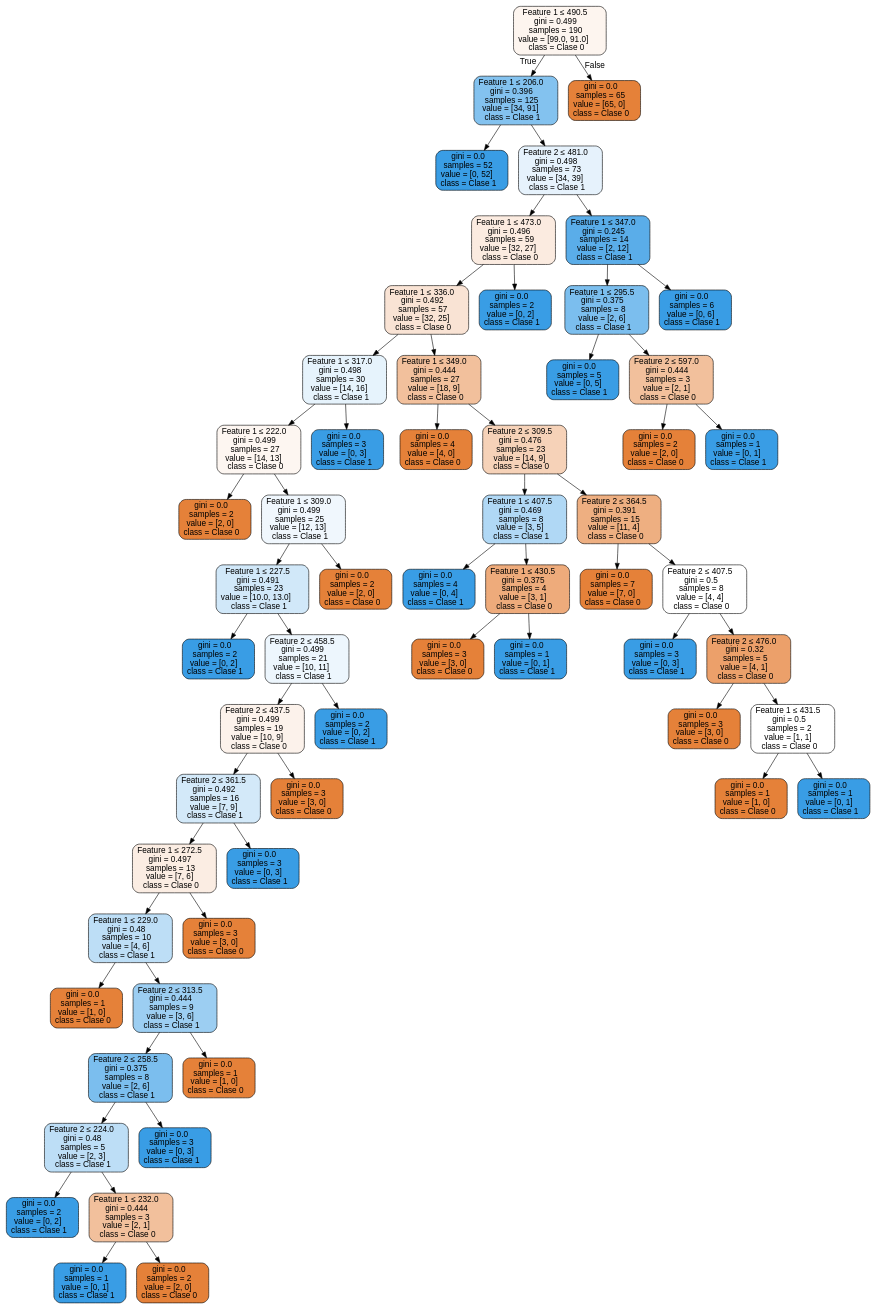
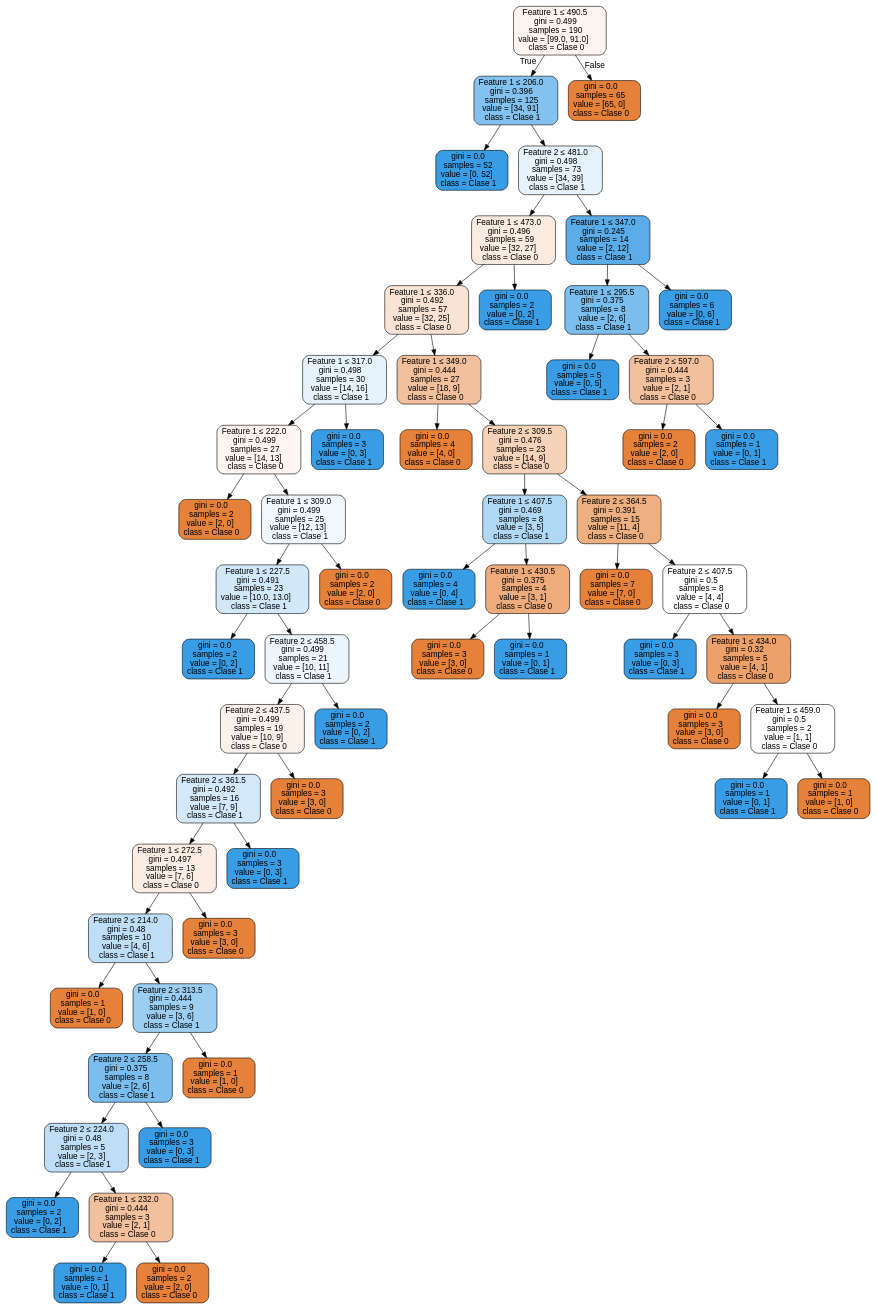
The diagram in Programas/Apuntes/Phaser/Source.gv (ElYizuz123/AI-Homework), drawn with Graphviz before and after one commit. The commit also changed 8 other files, not shown here.

```diff
--- a/Programas/Apuntes/Phaser/Source.gv
+++ b/Programas/Apuntes/Phaser/Source.gv
@@ -1,121 +1,121 @@
 digraph Tree {
 node [shape=box, style="filled, rounded", color="black", fontname="helvetica"] ;
 edge [fontname="helvetica"] ;
 0 [label=<Feature 1 &le; 490.5<br/>gini = 0.499<br/>samples = 190<br/>value = [99.0, 91.0]<br/>class = Clase 0>, fillcolor="#fdf5ef"] ;
 1 [label=<Feature 1 &le; 206.0<br/>gini = 0.396<br/>samples = 125<br/>value = [34, 91]<br/>class = Clase 1>, fillcolor="#83c2ef"] ;
 0 -> 1 [labeldistance=2.5, labelangle=45, headlabel="True"] ;
 2 [label=<gini = 0.0<br/>samples = 52<br/>value = [0, 52]<br/>class = Clase 1>, fillcolor="#399de5"] ;
 1 -> 2 ;
 3 [label=<Feature 2 &le; 481.0<br/>gini = 0.498<br/>samples = 73<br/>value = [34, 39]<br/>class = Clase 1>, fillcolor="#e6f2fc"] ;
 1 -> 3 ;
 4 [label=<Feature 1 &le; 473.0<br/>gini = 0.496<br/>samples = 59<br/>value = [32, 27]<br/>class = Clase 0>, fillcolor="#fbebe0"] ;
 3 -> 4 ;
 5 [label=<Feature 1 &le; 336.0<br/>gini = 0.492<br/>samples = 57<br/>value = [32, 25]<br/>class = Clase 0>, fillcolor="#f9e3d4"] ;
 4 -> 5 ;
 6 [label=<Feature 1 &le; 317.0<br/>gini = 0.498<br/>samples = 30<br/>value = [14, 16]<br/>class = Clase 1>, fillcolor="#e6f3fc"] ;
 5 -> 6 ;
 7 [label=<Feature 1 &le; 222.0<br/>gini = 0.499<br/>samples = 27<br/>value = [14, 13]<br/>class = Clase 0>, fillcolor="#fdf6f1"] ;
 6 -> 7 ;
 8 [label=<gini = 0.0<br/>samples = 2<br/>value = [2, 0]<br/>class = Clase 0>, fillcolor="#e58139"] ;
 7 -> 8 ;
 9 [label=<Feature 1 &le; 309.0<br/>gini = 0.499<br/>samples = 25<br/>value = [12, 13]<br/>class = Clase 1>, fillcolor="#f0f7fd"] ;
 7 -> 9 ;
 10 [label=<Feature 1 &le; 227.5<br/>gini = 0.491<br/>samples = 23<br/>value = [10.0, 13.0]<br/>class = Clase 1>, fillcolor="#d1e8f9"] ;
 9 -> 10 ;
 11 [label=<gini = 0.0<br/>samples = 2<br/>value = [0, 2]<br/>class = Clase 1>, fillcolor="#399de5"] ;
 10 -> 11 ;
 12 [label=<Feature 2 &le; 458.5<br/>gini = 0.499<br/>samples = 21<br/>value = [10, 11]<br/>class = Clase 1>, fillcolor="#edf6fd"] ;
 10 -> 12 ;
 13 [label=<Feature 2 &le; 437.5<br/>gini = 0.499<br/>samples = 19<br/>value = [10, 9]<br/>class = Clase 0>, fillcolor="#fcf2eb"] ;
 12 -> 13 ;
 14 [label=<Feature 2 &le; 361.5<br/>gini = 0.492<br/>samples = 16<br/>value = [7, 9]<br/>class = Clase 1>, fillcolor="#d3e9f9"] ;
 13 -> 14 ;
 15 [label=<Feature 1 &le; 272.5<br/>gini = 0.497<br/>samples = 13<br/>value = [7, 6]<br/>class = Clase 0>, fillcolor="#fbede3"] ;
 14 -> 15 ;
-16 [label=<Feature 1 &le; 229.0<br/>gini = 0.48<br/>samples = 10<br/>value = [4, 6]<br/>class = Clase 1>, fillcolor="#bddef6"] ;
+16 [label=<Feature 2 &le; 214.0<br/>gini = 0.48<br/>samples = 10<br/>value = [4, 6]<br/>class = Clase 1>, fillcolor="#bddef6"] ;
 15 -> 16 ;
 17 [label=<gini = 0.0<br/>samples = 1<br/>value = [1, 0]<br/>class = Clase 0>, fillcolor="#e58139"] ;
 16 -> 17 ;
 18 [label=<Feature 2 &le; 313.5<br/>gini = 0.444<br/>samples = 9<br/>value = [3, 6]<br/>class = Clase 1>, fillcolor="#9ccef2"] ;
 16 -> 18 ;
 19 [label=<Feature 2 &le; 258.5<br/>gini = 0.375<br/>samples = 8<br/>value = [2, 6]<br/>class = Clase 1>, fillcolor="#7bbeee"] ;
 18 -> 19 ;
 20 [label=<Feature 2 &le; 224.0<br/>gini = 0.48<br/>samples = 5<br/>value = [2, 3]<br/>class = Clase 1>, fillcolor="#bddef6"] ;
 19 -> 20 ;
 21 [label=<gini = 0.0<br/>samples = 2<br/>value = [0, 2]<br/>class = Clase 1>, fillcolor="#399de5"] ;
 20 -> 21 ;
 22 [label=<Feature 1 &le; 232.0<br/>gini = 0.444<br/>samples = 3<br/>value = [2, 1]<br/>class = Clase 0>, fillcolor="#f2c09c"] ;
 20 -> 22 ;
 23 [label=<gini = 0.0<br/>samples = 1<br/>value = [0, 1]<br/>class = Clase 1>, fillcolor="#399de5"] ;
 22 -> 23 ;
 24 [label=<gini = 0.0<br/>samples = 2<br/>value = [2, 0]<br/>class = Clase 0>, fillcolor="#e58139"] ;
 22 -> 24 ;
 25 [label=<gini = 0.0<br/>samples = 3<br/>value = [0, 3]<br/>class = Clase 1>, fillcolor="#399de5"] ;
 19 -> 25 ;
 26 [label=<gini = 0.0<br/>samples = 1<br/>value = [1, 0]<br/>class = Clase 0>, fillcolor="#e58139"] ;
 18 -> 26 ;
 27 [label=<gini = 0.0<br/>samples = 3<br/>value = [3, 0]<br/>class = Clase 0>, fillcolor="#e58139"] ;
 15 -> 27 ;
 28 [label=<gini = 0.0<br/>samples = 3<br/>value = [0, 3]<br/>class = Clase 1>, fillcolor="#399de5"] ;
 14 -> 28 ;
 29 [label=<gini = 0.0<br/>samples = 3<br/>value = [3, 0]<br/>class = Clase 0>, fillcolor="#e58139"] ;
 13 -> 29 ;
 30 [label=<gini = 0.0<br/>samples = 2<br/>value = [0, 2]<br/>class = Clase 1>, fillcolor="#399de5"] ;
 12 -> 30 ;
 31 [label=<gini = 0.0<br/>samples = 2<br/>value = [2, 0]<br/>class = Clase 0>, fillcolor="#e58139"] ;
 9 -> 31 ;
 32 [label=<gini = 0.0<br/>samples = 3<br/>value = [0, 3]<br/>class = Clase 1>, fillcolor="#399de5"] ;
 6 -> 32 ;
 33 [label=<Feature 1 &le; 349.0<br/>gini = 0.444<br/>samples = 27<br/>value = [18, 9]<br/>class = Clase 0>, fillcolor="#f2c09c"] ;
 5 -> 33 ;
 34 [label=<gini = 0.0<br/>samples = 4<br/>value = [4, 0]<br/>class = Clase 0>, fillcolor="#e58139"] ;
 33 -> 34 ;
 35 [label=<Feature 2 &le; 309.5<br/>gini = 0.476<br/>samples = 23<br/>value = [14, 9]<br/>class = Clase 0>, fillcolor="#f6d2b8"] ;
 33 -> 35 ;
 36 [label=<Feature 1 &le; 407.5<br/>gini = 0.469<br/>samples = 8<br/>value = [3, 5]<br/>class = Clase 1>, fillcolor="#b0d8f5"] ;
 35 -> 36 ;
 37 [label=<gini = 0.0<br/>samples = 4<br/>value = [0, 4]<br/>class = Clase 1>, fillcolor="#399de5"] ;
 36 -> 37 ;
 38 [label=<Feature 1 &le; 430.5<br/>gini = 0.375<br/>samples = 4<br/>value = [3, 1]<br/>class = Clase 0>, fillcolor="#eeab7b"] ;
 36 -> 38 ;
 39 [label=<gini = 0.0<br/>samples = 3<br/>value = [3, 0]<br/>class = Clase 0>, fillcolor="#e58139"] ;
 38 -> 39 ;
 40 [label=<gini = 0.0<br/>samples = 1<br/>value = [0, 1]<br/>class = Clase 1>, fillcolor="#399de5"] ;
 38 -> 40 ;
 41 [label=<Feature 2 &le; 364.5<br/>gini = 0.391<br/>samples = 15<br/>value = [11, 4]<br/>class = Clase 0>, fillcolor="#eeaf81"] ;
 35 -> 41 ;
 42 [label=<gini = 0.0<br/>samples = 7<br/>value = [7, 0]<br/>class = Clase 0>, fillcolor="#e58139"] ;
 41 -> 42 ;
 43 [label=<Feature 2 &le; 407.5<br/>gini = 0.5<br/>samples = 8<br/>value = [4, 4]<br/>class = Clase 0>, fillcolor="#ffffff"] ;
 41 -> 43 ;
 44 [label=<gini = 0.0<br/>samples = 3<br/>value = [0, 3]<br/>class = Clase 1>, fillcolor="#399de5"] ;
 43 -> 44 ;
-45 [label=<Feature 2 &le; 476.0<br/>gini = 0.32<br/>samples = 5<br/>value = [4, 1]<br/>class = Clase 0>, fillcolor="#eca06a"] ;
+45 [label=<Feature 1 &le; 434.0<br/>gini = 0.32<br/>samples = 5<br/>value = [4, 1]<br/>class = Clase 0>, fillcolor="#eca06a"] ;
 43 -> 45 ;
 46 [label=<gini = 0.0<br/>samples = 3<br/>value = [3, 0]<br/>class = Clase 0>, fillcolor="#e58139"] ;
 45 -> 46 ;
-47 [label=<Feature 1 &le; 431.5<br/>gini = 0.5<br/>samples = 2<br/>value = [1, 1]<br/>class = Clase 0>, fillcolor="#ffffff"] ;
+47 [label=<Feature 1 &le; 459.0<br/>gini = 0.5<br/>samples = 2<br/>value = [1, 1]<br/>class = Clase 0>, fillcolor="#ffffff"] ;
 45 -> 47 ;
-48 [label=<gini = 0.0<br/>samples = 1<br/>value = [1, 0]<br/>class = Clase 0>, fillcolor="#e58139"] ;
+48 [label=<gini = 0.0<br/>samples = 1<br/>value = [0, 1]<br/>class = Clase 1>, fillcolor="#399de5"] ;
 47 -> 48 ;
-49 [label=<gini = 0.0<br/>samples = 1<br/>value = [0, 1]<br/>class = Clase 1>, fillcolor="#399de5"] ;
+49 [label=<gini = 0.0<br/>samples = 1<br/>value = [1, 0]<br/>class = Clase 0>, fillcolor="#e58139"] ;
 47 -> 49 ;
 50 [label=<gini = 0.0<br/>samples = 2<br/>value = [0, 2]<br/>class = Clase 1>, fillcolor="#399de5"] ;
 4 -> 50 ;
 51 [label=<Feature 1 &le; 347.0<br/>gini = 0.245<br/>samples = 14<br/>value = [2, 12]<br/>class = Clase 1>, fillcolor="#5aade9"] ;
 3 -> 51 ;
 52 [label=<Feature 1 &le; 295.5<br/>gini = 0.375<br/>samples = 8<br/>value = [2, 6]<br/>class = Clase 1>, fillcolor="#7bbeee"] ;
 51 -> 52 ;
 53 [label=<gini = 0.0<br/>samples = 5<br/>value = [0, 5]<br/>class = Clase 1>, fillcolor="#399de5"] ;
 52 -> 53 ;
 54 [label=<Feature 2 &le; 597.0<br/>gini = 0.444<br/>samples = 3<br/>value = [2, 1]<br/>class = Clase 0>, fillcolor="#f2c09c"] ;
 52 -> 54 ;
 55 [label=<gini = 0.0<br/>samples = 2<br/>value = [2, 0]<br/>class = Clase 0>, fillcolor="#e58139"] ;
 54 -> 55 ;
 56 [label=<gini = 0.0<br/>samples = 1<br/>value = [0, 1]<br/>class = Clase 1>, fillcolor="#399de5"] ;
 54 -> 56 ;
 57 [label=<gini = 0.0<br/>samples = 6<br/>value = [0, 6]<br/>class = Clase 1>, fillcolor="#399de5"] ;
 51 -> 57 ;
 58 [label=<gini = 0.0<br/>samples = 65<br/>value = [65, 0]<br/>class = Clase 0>, fillcolor="#e58139"] ;
 0 -> 58 [labeldistance=2.5, labelangle=-45, headlabel="False"] ;
 }
```
